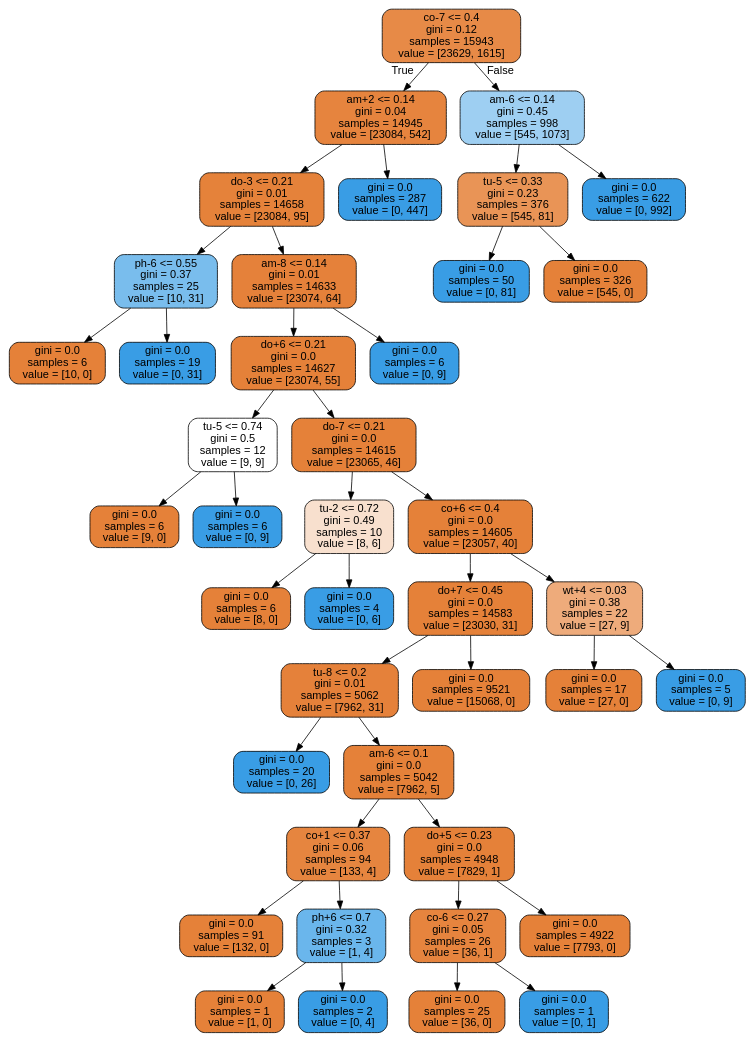
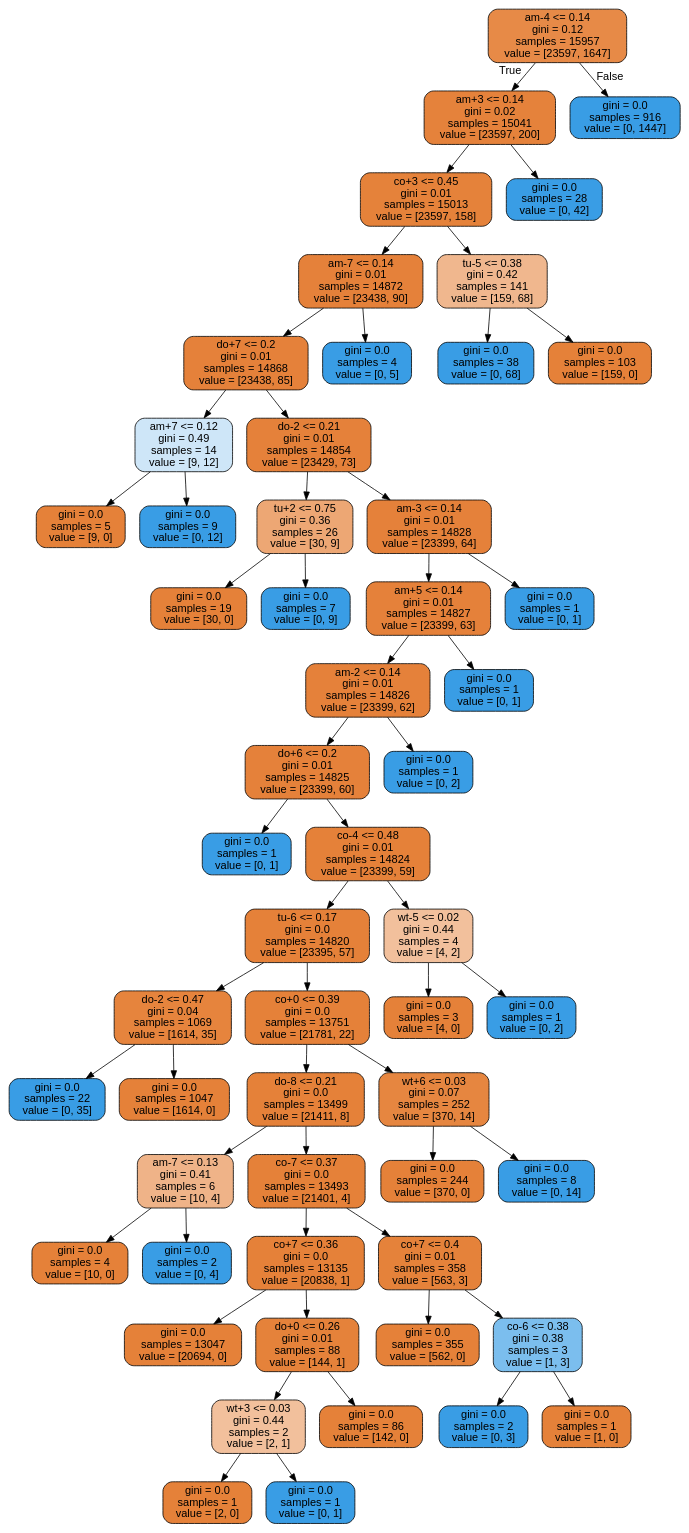
One commit to xrigueira/w-VP changed the diagram in tree.dot. Above: the diagram before and after it, drawn with Graphviz. The commit also changed 5 other files, not shown here.

```diff
--- a/tree.dot
+++ b/tree.dot
@@ -1,85 +1,113 @@
 digraph Tree {
 node [shape=box, style="filled, rounded", color="black", fontname="helvetica"] ;
 edge [fontname="helvetica"] ;
-0 [label="co-7 <= 0.4\ngini = 0.12\nsamples = 15943\nvalue = [23629, 1615]", fillcolor="#e78a47"] ;
-1 [label="am+2 <= 0.14\ngini = 0.04\nsamples = 14945\nvalue = [23084, 542]", fillcolor="#e6843e"] ;
+0 [label="am-4 <= 0.14\ngini = 0.12\nsamples = 15957\nvalue = [23597, 1647]", fillcolor="#e78a47"] ;
+1 [label="am+3 <= 0.14\ngini = 0.02\nsamples = 15041\nvalue = [23597, 200]", fillcolor="#e5823b"] ;
 0 -> 1 [labeldistance=2.5, labelangle=45, headlabel="True"] ;
-2 [label="do-3 <= 0.21\ngini = 0.01\nsamples = 14658\nvalue = [23084, 95]", fillcolor="#e5823a"] ;
+2 [label="co+3 <= 0.45\ngini = 0.01\nsamples = 15013\nvalue = [23597, 158]", fillcolor="#e5823a"] ;
 1 -> 2 ;
-3 [label="ph-6 <= 0.55\ngini = 0.37\nsamples = 25\nvalue = [10, 31]", fillcolor="#79bded"] ;
+3 [label="am-7 <= 0.14\ngini = 0.01\nsamples = 14872\nvalue = [23438, 90]", fillcolor="#e5813a"] ;
 2 -> 3 ;
-4 [label="gini = 0.0\nsamples = 6\nvalue = [10, 0]", fillcolor="#e58139"] ;
+4 [label="do+7 <= 0.2\ngini = 0.01\nsamples = 14868\nvalue = [23438, 85]", fillcolor="#e5813a"] ;
 3 -> 4 ;
-5 [label="gini = 0.0\nsamples = 19\nvalue = [0, 31]", fillcolor="#399de5"] ;
-3 -> 5 ;
-6 [label="am-8 <= 0.14\ngini = 0.01\nsamples = 14633\nvalue = [23074, 64]", fillcolor="#e5813a"] ;
-2 -> 6 ;
-7 [label="do+6 <= 0.21\ngini = 0.0\nsamples = 14627\nvalue = [23074, 55]", fillcolor="#e58139"] ;
-6 -> 7 ;
-8 [label="tu-5 <= 0.74\ngini = 0.5\nsamples = 12\nvalue = [9, 9]", fillcolor="#ffffff"] ;
-7 -> 8 ;
-9 [label="gini = 0.0\nsamples = 6\nvalue = [9, 0]", fillcolor="#e58139"] ;
+5 [label="am+7 <= 0.12\ngini = 0.49\nsamples = 14\nvalue = [9, 12]", fillcolor="#cee6f8"] ;
+4 -> 5 ;
+6 [label="gini = 0.0\nsamples = 5\nvalue = [9, 0]", fillcolor="#e58139"] ;
+5 -> 6 ;
+7 [label="gini = 0.0\nsamples = 9\nvalue = [0, 12]", fillcolor="#399de5"] ;
+5 -> 7 ;
+8 [label="do-2 <= 0.21\ngini = 0.01\nsamples = 14854\nvalue = [23429, 73]", fillcolor="#e5813a"] ;
+4 -> 8 ;
+9 [label="tu+2 <= 0.75\ngini = 0.36\nsamples = 26\nvalue = [30, 9]", fillcolor="#eda774"] ;
 8 -> 9 ;
-10 [label="gini = 0.0\nsamples = 6\nvalue = [0, 9]", fillcolor="#399de5"] ;
-8 -> 10 ;
-11 [label="do-7 <= 0.21\ngini = 0.0\nsamples = 14615\nvalue = [23065, 46]", fillcolor="#e58139"] ;
-7 -> 11 ;
-12 [label="tu-2 <= 0.72\ngini = 0.49\nsamples = 10\nvalue = [8, 6]", fillcolor="#f8e0ce"] ;
-11 -> 12 ;
-13 [label="gini = 0.0\nsamples = 6\nvalue = [8, 0]", fillcolor="#e58139"] ;
+10 [label="gini = 0.0\nsamples = 19\nvalue = [30, 0]", fillcolor="#e58139"] ;
+9 -> 10 ;
+11 [label="gini = 0.0\nsamples = 7\nvalue = [0, 9]", fillcolor="#399de5"] ;
+9 -> 11 ;
+12 [label="am-3 <= 0.14\ngini = 0.01\nsamples = 14828\nvalue = [23399, 64]", fillcolor="#e5813a"] ;
+8 -> 12 ;
+13 [label="am+5 <= 0.14\ngini = 0.01\nsamples = 14827\nvalue = [23399, 63]", fillcolor="#e5813a"] ;
 12 -> 13 ;
-14 [label="gini = 0.0\nsamples = 4\nvalue = [0, 6]", fillcolor="#399de5"] ;
-12 -> 14 ;
-15 [label="co+6 <= 0.4\ngini = 0.0\nsamples = 14605\nvalue = [23057, 40]", fillcolor="#e58139"] ;
-11 -> 15 ;
-16 [label="do+7 <= 0.45\ngini = 0.0\nsamples = 14583\nvalue = [23030, 31]", fillcolor="#e58139"] ;
+14 [label="am-2 <= 0.14\ngini = 0.01\nsamples = 14826\nvalue = [23399, 62]", fillcolor="#e5813a"] ;
+13 -> 14 ;
+15 [label="do+6 <= 0.2\ngini = 0.01\nsamples = 14825\nvalue = [23399, 60]", fillcolor="#e5813a"] ;
+14 -> 15 ;
+16 [label="gini = 0.0\nsamples = 1\nvalue = [0, 1]", fillcolor="#399de5"] ;
 15 -> 16 ;
-17 [label="tu-8 <= 0.2\ngini = 0.01\nsamples = 5062\nvalue = [7962, 31]", fillcolor="#e5813a"] ;
-16 -> 17 ;
-18 [label="gini = 0.0\nsamples = 20\nvalue = [0, 26]", fillcolor="#399de5"] ;
+17 [label="co-4 <= 0.48\ngini = 0.01\nsamples = 14824\nvalue = [23399, 59]", fillcolor="#e58139"] ;
+15 -> 17 ;
+18 [label="tu-6 <= 0.17\ngini = 0.0\nsamples = 14820\nvalue = [23395, 57]", fillcolor="#e58139"] ;
 17 -> 18 ;
-19 [label="am-6 <= 0.1\ngini = 0.0\nsamples = 5042\nvalue = [7962, 5]", fillcolor="#e58139"] ;
-17 -> 19 ;
-20 [label="co+1 <= 0.37\ngini = 0.06\nsamples = 94\nvalue = [133, 4]", fillcolor="#e6853f"] ;
+19 [label="do-2 <= 0.47\ngini = 0.04\nsamples = 1069\nvalue = [1614, 35]", fillcolor="#e6843d"] ;
+18 -> 19 ;
+20 [label="gini = 0.0\nsamples = 22\nvalue = [0, 35]", fillcolor="#399de5"] ;
 19 -> 20 ;
-21 [label="gini = 0.0\nsamples = 91\nvalue = [132, 0]", fillcolor="#e58139"] ;
-20 -> 21 ;
-22 [label="ph+6 <= 0.7\ngini = 0.32\nsamples = 3\nvalue = [1, 4]", fillcolor="#6ab6ec"] ;
-20 -> 22 ;
-23 [label="gini = 0.0\nsamples = 1\nvalue = [1, 0]", fillcolor="#e58139"] ;
+21 [label="gini = 0.0\nsamples = 1047\nvalue = [1614, 0]", fillcolor="#e58139"] ;
+19 -> 21 ;
+22 [label="co+0 <= 0.39\ngini = 0.0\nsamples = 13751\nvalue = [21781, 22]", fillcolor="#e58139"] ;
+18 -> 22 ;
+23 [label="do-8 <= 0.21\ngini = 0.0\nsamples = 13499\nvalue = [21411, 8]", fillcolor="#e58139"] ;
 22 -> 23 ;
-24 [label="gini = 0.0\nsamples = 2\nvalue = [0, 4]", fillcolor="#399de5"] ;
-22 -> 24 ;
-25 [label="do+5 <= 0.23\ngini = 0.0\nsamples = 4948\nvalue = [7829, 1]", fillcolor="#e58139"] ;
-19 -> 25 ;
-26 [label="co-6 <= 0.27\ngini = 0.05\nsamples = 26\nvalue = [36, 1]", fillcolor="#e6843e"] ;
-25 -> 26 ;
-27 [label="gini = 0.0\nsamples = 25\nvalue = [36, 0]", fillcolor="#e58139"] ;
-26 -> 27 ;
-28 [label="gini = 0.0\nsamples = 1\nvalue = [0, 1]", fillcolor="#399de5"] ;
-26 -> 28 ;
-29 [label="gini = 0.0\nsamples = 4922\nvalue = [7793, 0]", fillcolor="#e58139"] ;
-25 -> 29 ;
-30 [label="gini = 0.0\nsamples = 9521\nvalue = [15068, 0]", fillcolor="#e58139"] ;
-16 -> 30 ;
-31 [label="wt+4 <= 0.03\ngini = 0.38\nsamples = 22\nvalue = [27, 9]", fillcolor="#eeab7b"] ;
-15 -> 31 ;
-32 [label="gini = 0.0\nsamples = 17\nvalue = [27, 0]", fillcolor="#e58139"] ;
+24 [label="am-7 <= 0.13\ngini = 0.41\nsamples = 6\nvalue = [10, 4]", fillcolor="#efb388"] ;
+23 -> 24 ;
+25 [label="gini = 0.0\nsamples = 4\nvalue = [10, 0]", fillcolor="#e58139"] ;
+24 -> 25 ;
+26 [label="gini = 0.0\nsamples = 2\nvalue = [0, 4]", fillcolor="#399de5"] ;
+24 -> 26 ;
+27 [label="co-7 <= 0.37\ngini = 0.0\nsamples = 13493\nvalue = [21401, 4]", fillcolor="#e58139"] ;
+23 -> 27 ;
+28 [label="co+7 <= 0.36\ngini = 0.0\nsamples = 13135\nvalue = [20838, 1]", fillcolor="#e58139"] ;
+27 -> 28 ;
+29 [label="gini = 0.0\nsamples = 13047\nvalue = [20694, 0]", fillcolor="#e58139"] ;
+28 -> 29 ;
+30 [label="do+0 <= 0.26\ngini = 0.01\nsamples = 88\nvalue = [144, 1]", fillcolor="#e5823a"] ;
+28 -> 30 ;
+31 [label="wt+3 <= 0.03\ngini = 0.44\nsamples = 2\nvalue = [2, 1]", fillcolor="#f2c09c"] ;
+30 -> 31 ;
+32 [label="gini = 0.0\nsamples = 1\nvalue = [2, 0]", fillcolor="#e58139"] ;
 31 -> 32 ;
-33 [label="gini = 0.0\nsamples = 5\nvalue = [0, 9]", fillcolor="#399de5"] ;
+33 [label="gini = 0.0\nsamples = 1\nvalue = [0, 1]", fillcolor="#399de5"] ;
 31 -> 33 ;
-34 [label="gini = 0.0\nsamples = 6\nvalue = [0, 9]", fillcolor="#399de5"] ;
-6 -> 34 ;
-35 [label="gini = 0.0\nsamples = 287\nvalue = [0, 447]", fillcolor="#399de5"] ;
-1 -> 35 ;
-36 [label="am-6 <= 0.14\ngini = 0.45\nsamples = 998\nvalue = [545, 1073]", fillcolor="#9ecff2"] ;
-0 -> 36 [labeldistance=2.5, labelangle=-45, headlabel="False"] ;
-37 [label="tu-5 <= 0.33\ngini = 0.23\nsamples = 376\nvalue = [545, 81]", fillcolor="#e99456"] ;
-36 -> 37 ;
-38 [label="gini = 0.0\nsamples = 50\nvalue = [0, 81]", fillcolor="#399de5"] ;
+34 [label="gini = 0.0\nsamples = 86\nvalue = [142, 0]", fillcolor="#e58139"] ;
+30 -> 34 ;
+35 [label="co+7 <= 0.4\ngini = 0.01\nsamples = 358\nvalue = [563, 3]", fillcolor="#e5823a"] ;
+27 -> 35 ;
+36 [label="gini = 0.0\nsamples = 355\nvalue = [562, 0]", fillcolor="#e58139"] ;
+35 -> 36 ;
+37 [label="co-6 <= 0.38\ngini = 0.38\nsamples = 3\nvalue = [1, 3]", fillcolor="#7bbeee"] ;
+35 -> 37 ;
+38 [label="gini = 0.0\nsamples = 2\nvalue = [0, 3]", fillcolor="#399de5"] ;
 37 -> 38 ;
-39 [label="gini = 0.0\nsamples = 326\nvalue = [545, 0]", fillcolor="#e58139"] ;
+39 [label="gini = 0.0\nsamples = 1\nvalue = [1, 0]", fillcolor="#e58139"] ;
 37 -> 39 ;
-40 [label="gini = 0.0\nsamples = 622\nvalue = [0, 992]", fillcolor="#399de5"] ;
-36 -> 40 ;
+40 [label="wt+6 <= 0.03\ngini = 0.07\nsamples = 252\nvalue = [370, 14]", fillcolor="#e68640"] ;
+22 -> 40 ;
+41 [label="gini = 0.0\nsamples = 244\nvalue = [370, 0]", fillcolor="#e58139"] ;
+40 -> 41 ;
+42 [label="gini = 0.0\nsamples = 8\nvalue = [0, 14]", fillcolor="#399de5"] ;
+40 -> 42 ;
+43 [label="wt-5 <= 0.02\ngini = 0.44\nsamples = 4\nvalue = [4, 2]", fillcolor="#f2c09c"] ;
+17 -> 43 ;
+44 [label="gini = 0.0\nsamples = 3\nvalue = [4, 0]", fillcolor="#e58139"] ;
+43 -> 44 ;
+45 [label="gini = 0.0\nsamples = 1\nvalue = [0, 2]", fillcolor="#399de5"] ;
+43 -> 45 ;
+46 [label="gini = 0.0\nsamples = 1\nvalue = [0, 2]", fillcolor="#399de5"] ;
+14 -> 46 ;
+47 [label="gini = 0.0\nsamples = 1\nvalue = [0, 1]", fillcolor="#399de5"] ;
+13 -> 47 ;
+48 [label="gini = 0.0\nsamples = 1\nvalue = [0, 1]", fillcolor="#399de5"] ;
+12 -> 48 ;
+49 [label="gini = 0.0\nsamples = 4\nvalue = [0, 5]", fillcolor="#399de5"] ;
+3 -> 49 ;
+50 [label="tu-5 <= 0.38\ngini = 0.42\nsamples = 141\nvalue = [159, 68]", fillcolor="#f0b78e"] ;
+2 -> 50 ;
+51 [label="gini = 0.0\nsamples = 38\nvalue = [0, 68]", fillcolor="#399de5"] ;
+50 -> 51 ;
+52 [label="gini = 0.0\nsamples = 103\nvalue = [159, 0]", fillcolor="#e58139"] ;
+50 -> 52 ;
+53 [label="gini = 0.0\nsamples = 28\nvalue = [0, 42]", fillcolor="#399de5"] ;
+1 -> 53 ;
+54 [label="gini = 0.0\nsamples = 916\nvalue = [0, 1447]", fillcolor="#399de5"] ;
+0 -> 54 [labeldistance=2.5, labelangle=-45, headlabel="False"] ;
 }
```
